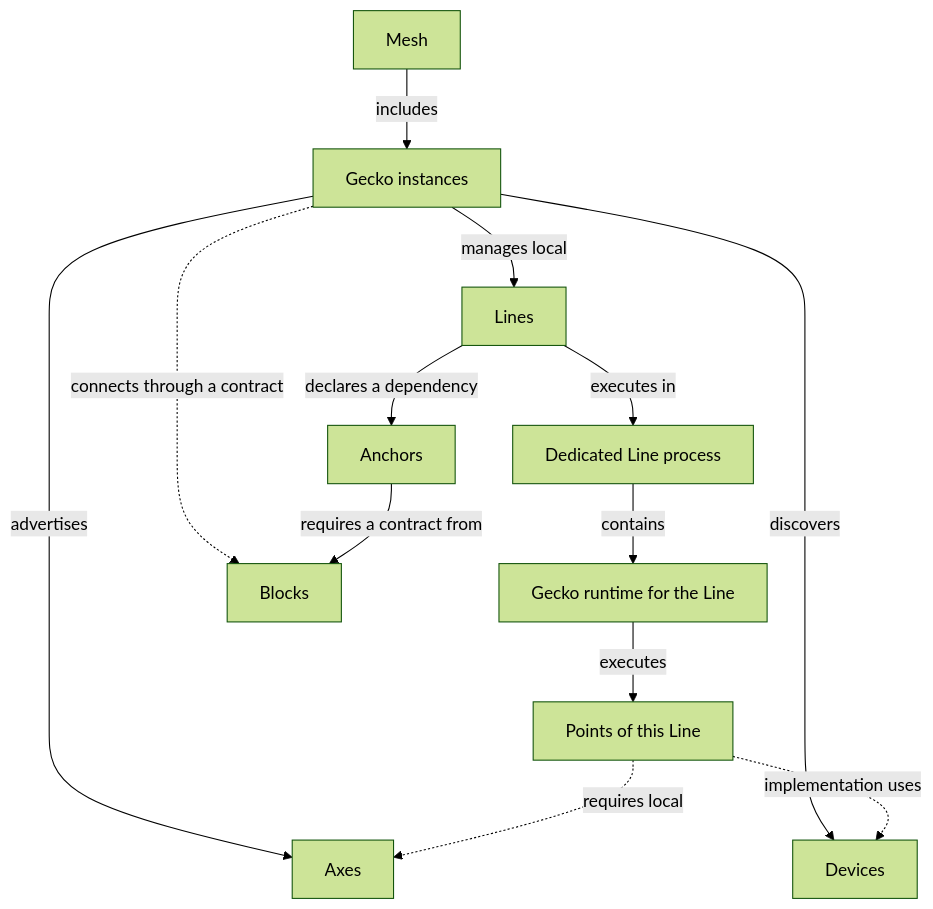
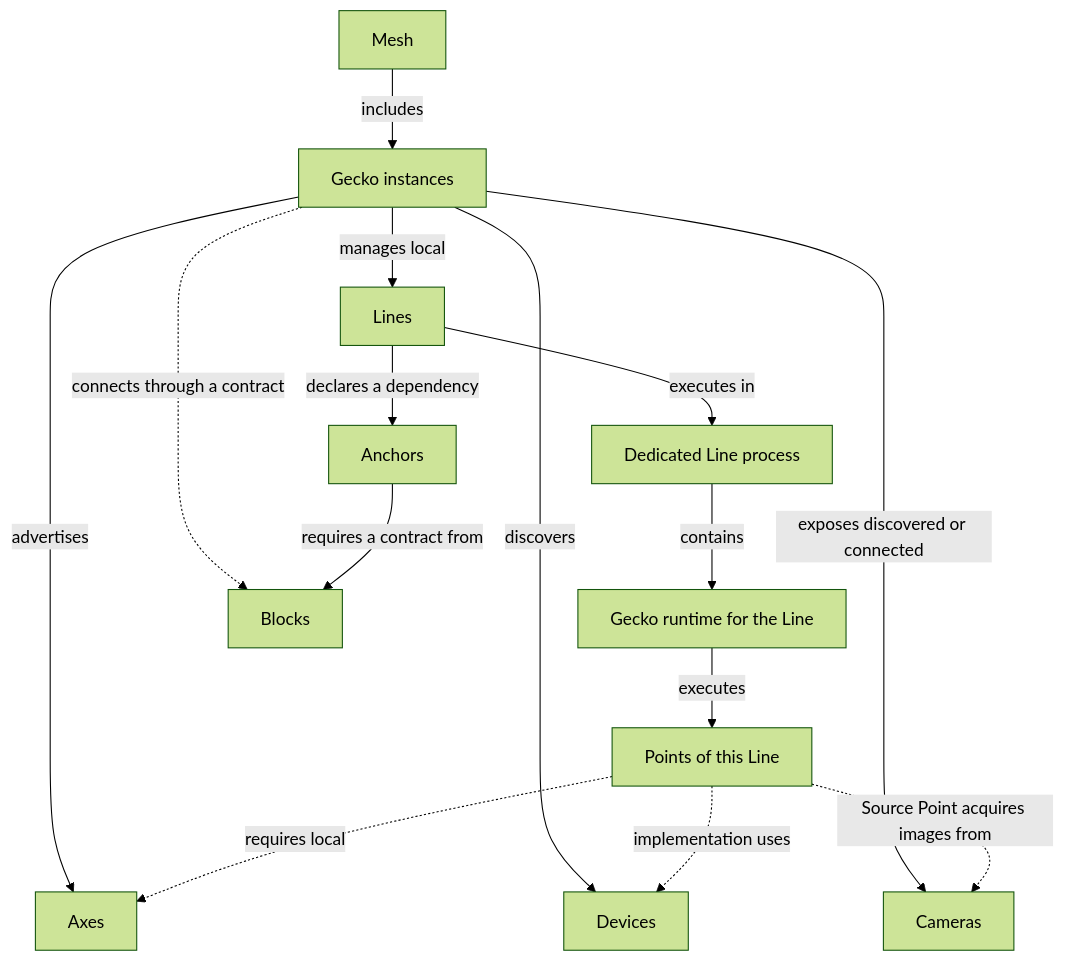
Before and after one commit to jfultr/gecko-core: the second of 2 diagrams in docs/concepts.md, drawn with Mermaid (forest theme). The commit also changed other lines of this file and 1 other file, not shown here.

Commit message:
docs: define Camera sources and execution relationships

````diff
--- a/docs/concepts.md
+++ b/docs/concepts.md
@@ -86,15 +90,17 @@
 ```mermaid
 flowchart TB
     Mesh[Mesh] -->|includes| Gecko[Gecko instances]
     Gecko -->|advertises| Axis[Axes]
     Gecko -->|discovers| Device[Devices]
+    Gecko -->|exposes discovered or connected| Camera[Cameras]
     Gecko -->|manages local| Line[Lines]
     Line -->|executes in| Process[Dedicated Line process]
     Process -->|contains| Runtime[Gecko runtime for the Line]
     Runtime -->|executes| Point[Points of this Line]
+    Point -.->|Source Point acquires images from| Camera
     Gecko -.->|connects through a contract| Block[Blocks]
     Line -->|declares a dependency| Anchor[Anchors]
     Anchor -->|requires a contract from| Block
     Point -.->|requires local| Axis
     Point -.->|implementation uses| Device
 ```
````
